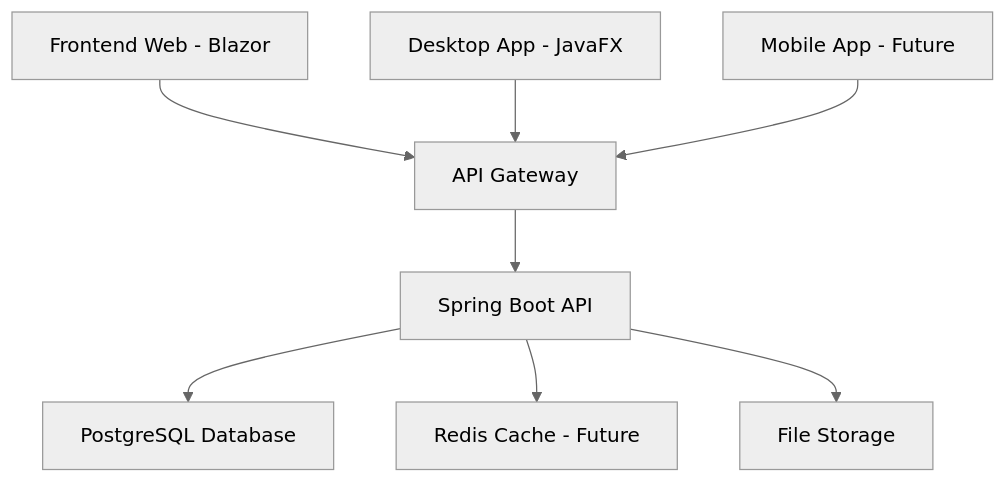
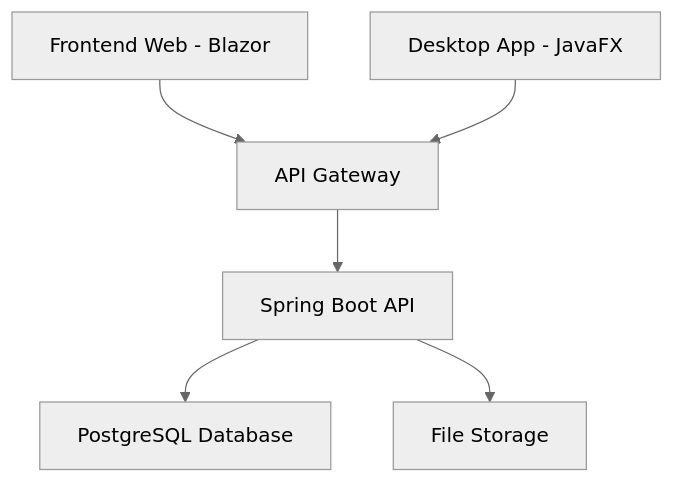
One commit to heldersilva28/prodTextil changed the diagram in README.md. Above: the diagram before and after it, drawn with Mermaid (neutral theme).

Commit message:
Update data flow diagram in README

````diff
--- a/README.md
+++ b/README.md
@@ -112,10 +112,8 @@
 ```mermaid
 graph TB
     A[Frontend Web - Blazor] --> D[API Gateway]
     B[Desktop App - JavaFX] --> D
-    C[Mobile App - Future] --> D
     D --> E[Spring Boot API]
     E --> F[PostgreSQL Database]
-    E --> G[Redis Cache - Future]
     E --> H[File Storage]
 ```
````
